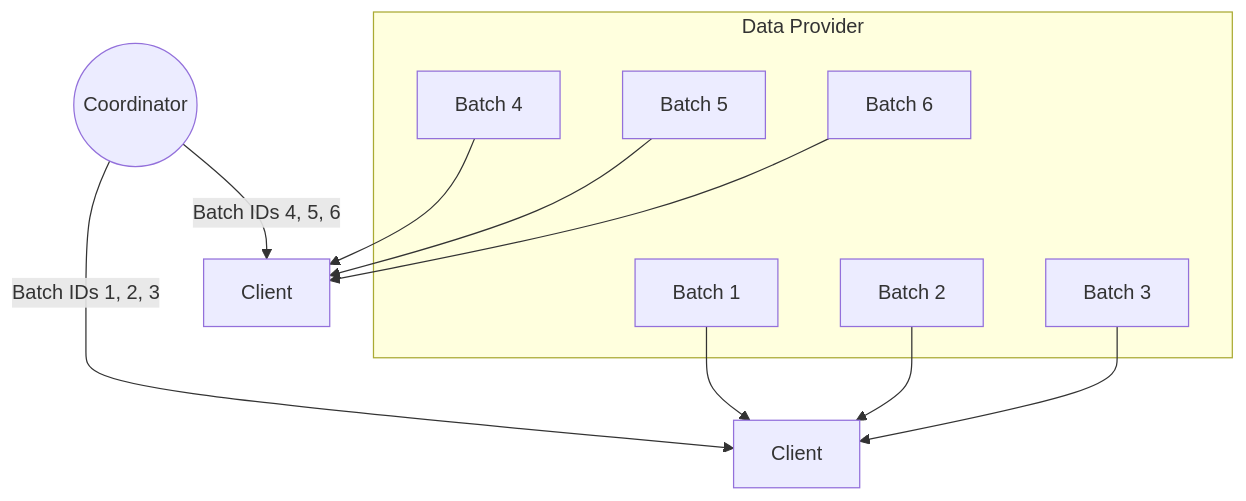
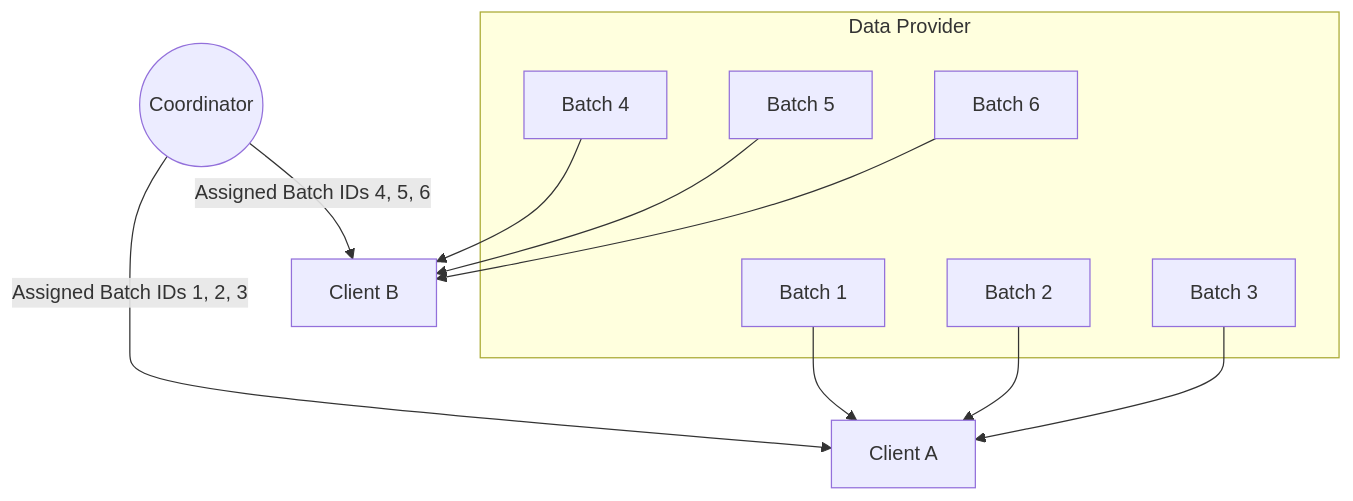
One commit to vernvriereen/psyche changed the diagram in psyche-book/src/explain/data-provider.md. Above: the diagram before and after it, drawn with Mermaid. The commit also changed other lines of this file and 14 other files, not shown here.

````diff
--- a/psyche-book/src/explain/data-provider.md
+++ b/psyche-book/src/explain/data-provider.md
@@ -22,31 +22,25 @@
 ```mermaid
 flowchart TD
     C((Coordinator))
-    C1[Client]
-    C2[Client]
-    C --Batch IDs 1, 2, 3--> C1
-    C --Batch IDs 4, 5, 6--> C2
+    C1[Client A]
+    C2[Client B]
+    C -- Assigned Batch IDs 1, 2, 3 --> C1
+    C -- Assigned Batch IDs 4, 5, 6 --> C2
     subgraph Data Provider
-        B1["Batch 1
-            "]
-        B2["Batch 2
-            "]
-        B3["Batch 3
-            "]
-        B4["Batch 4
-        "]
-        B5["Batch 5
-        "]
-        B6["Batch 6
-        "]
+        B1["Batch 1"]
+        B2["Batch 2"]
+        B3["Batch 3"]
+        B4["Batch 4"]
+        B5["Batch 5"]
+        B6["Batch 6"]
         B4 ~~~ B1
         B5 ~~~ B2
         B6 ~~~ B3
     end
     B1 --> C1
     B2 --> C1
     B3 --> C1
     B4 --> C2
     B5 --> C2
     B6 --> C2
 ```
````
